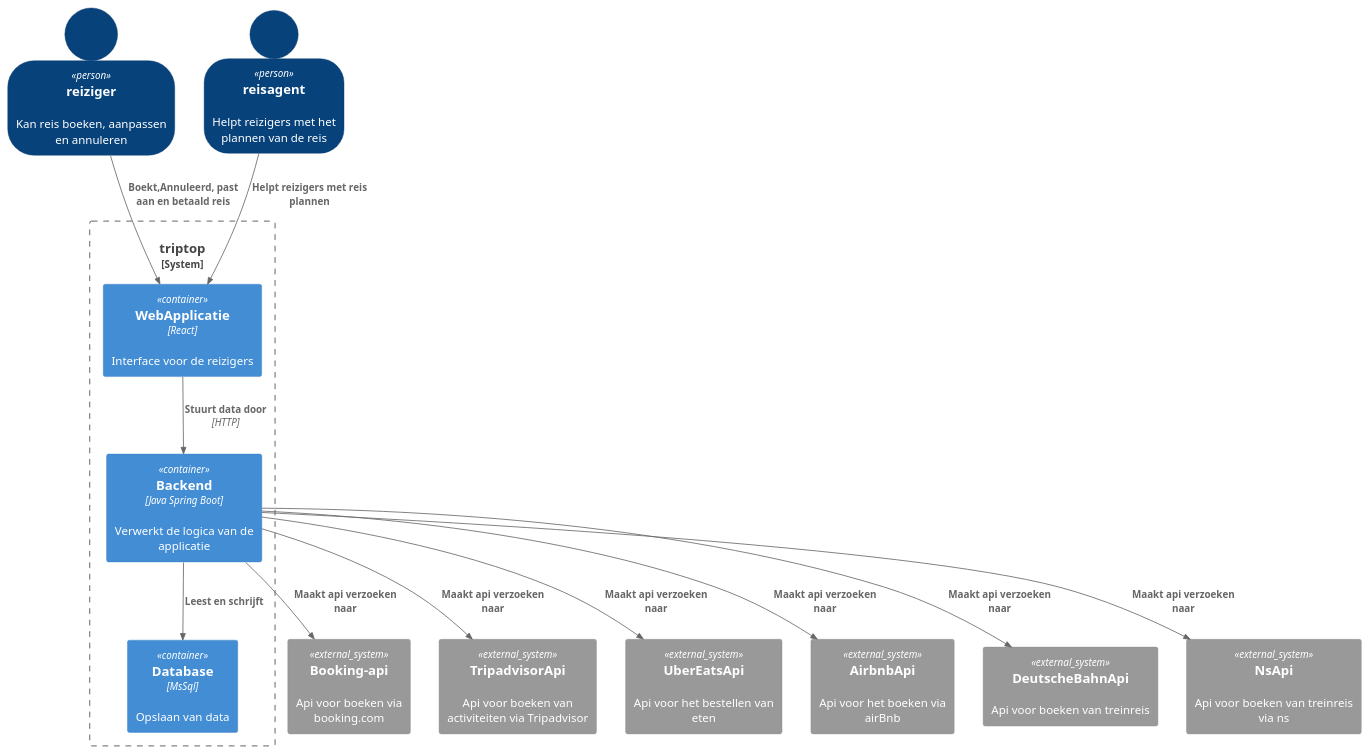
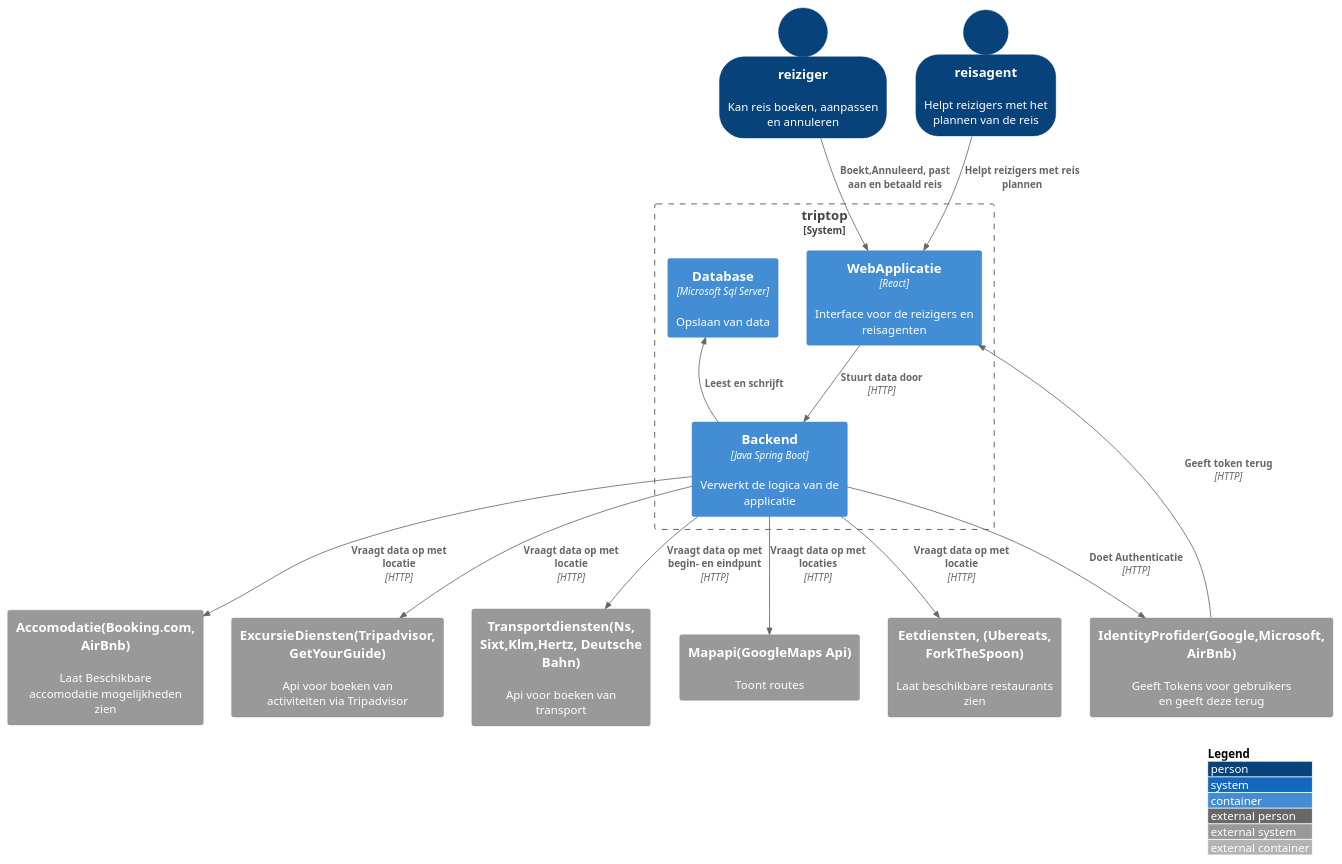
The diagram in Mijn Bijdrage/Diagrammen/Container/Static/ContainerDiagram Joost.puml (AIM-ENE-feb25/triptop-groep-tweeeeeeeeeeeeeeeeeeeeee), drawn with PlantUML before and after one commit. The commit also changed 5 other files, not shown here.

```diff
--- a/Mijn Bijdrage/Diagrammen/Container/Static/ContainerDiagram Joost.puml
+++ b/Mijn Bijdrage/Diagrammen/Container/Static/ContainerDiagram Joost.puml
@@ -1,36 +1,45 @@
 @startuml
-!include  https://raw.githubusercontent.com/plantuml-stdlib/C4-PlantUML/master/C4_Container.puml
+!include https://raw.githubusercontent.com/plantuml-stdlib/C4-PlantUML/master/C4_Container.puml
 
 SHOW_PERSON_OUTLINE()
-
+LAYOUT_WITH_LEGEND()
 
 Person(Reiziger, "reiziger" , "Kan reis boeken, aanpassen en annuleren")
 Person(Reisagent, "reisagent", "Helpt reizigers met het plannen van de reis")
 
 System_Boundary(c4, triptop) {
-Container(webApp, "WebApplicatie", "React", "Interface voor de reizigers")
+Container(webApp, "WebApplicatie", "React", "Interface voor de reizigers en reisagenten")
 Container(backend, "Backend" , "Java Spring Boot", Verwerkt de logica van de applicatie)
-Container(database, "Database", "MsSql", "Opslaan van data")
+Container(database, "Database", "Microsoft Sql Server", "Opslaan van data")
 }
 
 'Api's
-System_Ext(bookingApi, "Booking-api", "Api voor boeken via booking.com")
-System_Ext(tripadvisorApi, "TripadvisorApi", "Api voor boeken van activiteiten via Tripadvisor")
-System_Ext(uberEatsApi, "UberEatsApi", "Api voor het bestellen van eten")
-System_Ext(airBnbApi,"AirbnbApi" , "Api voor het boeken via airBnb")
-System_Ext(deutscheBahnApi, "DeutscheBahnApi", "Api voor boeken van treinreis")
-System_Ext(nsApi, "NsApi", "Api voor boeken van treinreis via ns")
+System_Ext(identity, "IdentityProfider(Google,Microsoft, AirBnb)","Geeft Tokens voor gebruikers en geeft deze terug")
+System_Ext(accomodatie, "Accomodatie(Booking.com, AirBnb)" , "Laat Beschikbare accomodatie mogelijkheden zien")
+System_Ext(excurtie, "ExcursieDiensten(Tripadvisor, GetYourGuide)", "Api voor boeken van activiteiten via Tripadvisor")
+System_Ext(transport, "Transportdiensten(Ns, Sixt,Klm,Hertz, Deutsche Bahn)",Api voor boeken van transport)
+System_Ext(maps, "Mapapi(GoogleMaps Api)","Toont routes")
+System_Ext(food,"Eetdiensten, (Ubereats, ForkTheSpoon)", Laat beschikbare restaurants zien)
+
+Lay_L(backend, database)
 'Relaties
+
+Rel(backend, identity, "Doet Authenticatie", "HTTP")
+Rel_L(identity, webApp,"Geeft token terug", "HTTP")
 Rel(webApp, backend, "Stuurt data door","HTTP")
 Rel(backend, database, "Leest en schrijft")
 Rel(Reiziger, webApp, "Boekt,Annuleerd, past aan en betaald reis")
 Rel(Reisagent, webApp, "Helpt reizigers met reis plannen")
 
-Rel(backend, bookingApi, "Maakt api verzoeken naar")
-Rel(backend, uberEatsApi, "Maakt api verzoeken naar")
-Rel(backend, tripadvisorApi, "Maakt api verzoeken naar")
-Rel(backend,airBnbApi,"Maakt api verzoeken naar")
-Rel(backend, deutscheBahnApi, "Maakt api verzoeken naar")
-Rel(backend, nsApi, "Maakt api verzoeken naar")
+Rel(backend, accomodatie, "Vraagt data op met locatie", "HTTP")
+
+
+Rel(backend, food,"Vraagt data op met locatie", "HTTP")
+
+Rel(backend, excurtie, "Vraagt data op met locatie", "HTTP")
+
+Rel(backend, transport,"Vraagt data op met begin- en eindpunt", "HTTP")
+
+Rel(backend,maps, "Vraagt data op met locaties", "HTTP")
 
 @enduml
```
